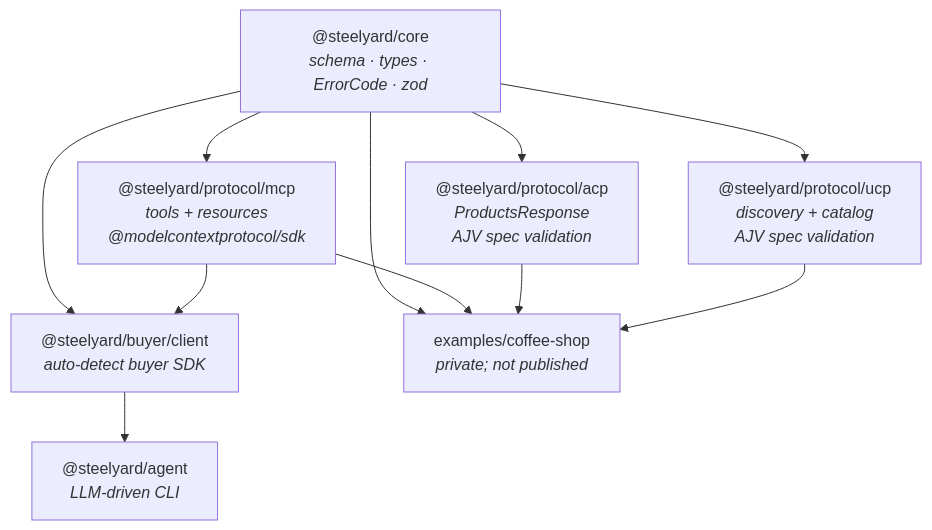
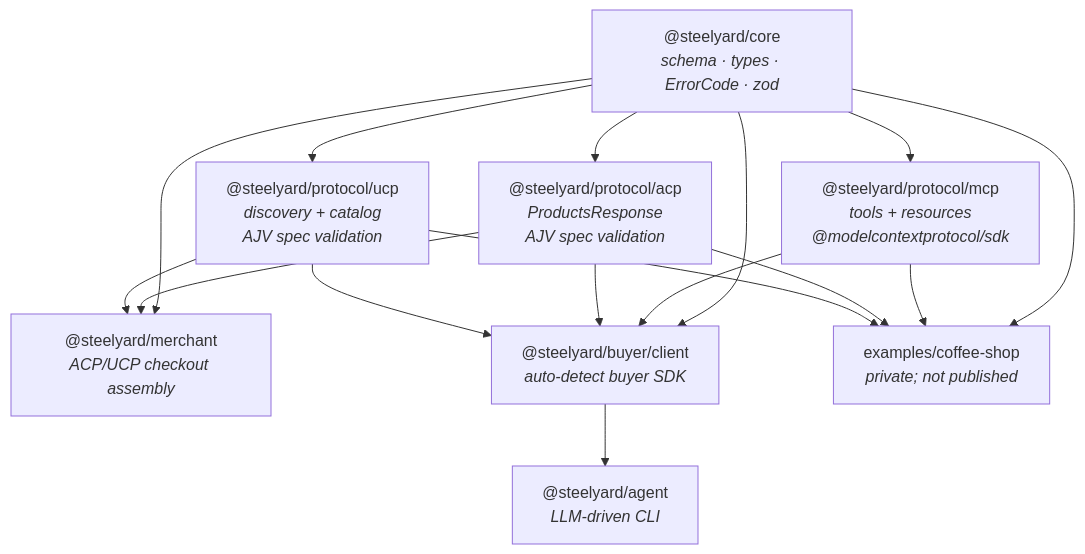
Before and after one commit to steelyard-dev/steelyard-sdk: the first of 2 diagrams in docs/architecture.md, drawn with Mermaid. The commit also changed other lines of this file and 46 other files, not shown here.

Commit message:
feat(checkout): add v0.3 integration flows

````diff
--- a/docs/architecture.md
+++ b/docs/architecture.md
@@ -5,21 +5,27 @@
 ```mermaid
 graph TD
   core["@steelyard/core<br/><i>schema · types · ErrorCode · zod</i>"]
   mcp["@steelyard/protocol/mcp<br/><i>tools + resources<br/>@modelcontextprotocol/sdk</i>"]
   acp["@steelyard/protocol/acp<br/><i>ProductsResponse<br/>AJV spec validation</i>"]
   ucp["@steelyard/protocol/ucp<br/><i>discovery + catalog<br/>AJV spec validation</i>"]
+  merchant["@steelyard/merchant<br/><i>ACP/UCP checkout assembly</i>"]
   client["@steelyard/buyer/client<br/><i>auto-detect buyer SDK</i>"]
   agent["@steelyard/agent<br/><i>LLM-driven CLI</i>"]
   example["examples/coffee-shop<br/><i>private; not published</i>"]
 
   core --> mcp
   core --> acp
   core --> ucp
   core --> client
+  core --> merchant
+  acp --> merchant
+  ucp --> merchant
   mcp --> client
+  acp --> client
+  ucp --> client
   client --> agent
   core --> example
   mcp --> example
   acp --> example
   ucp --> example
 ```
````
